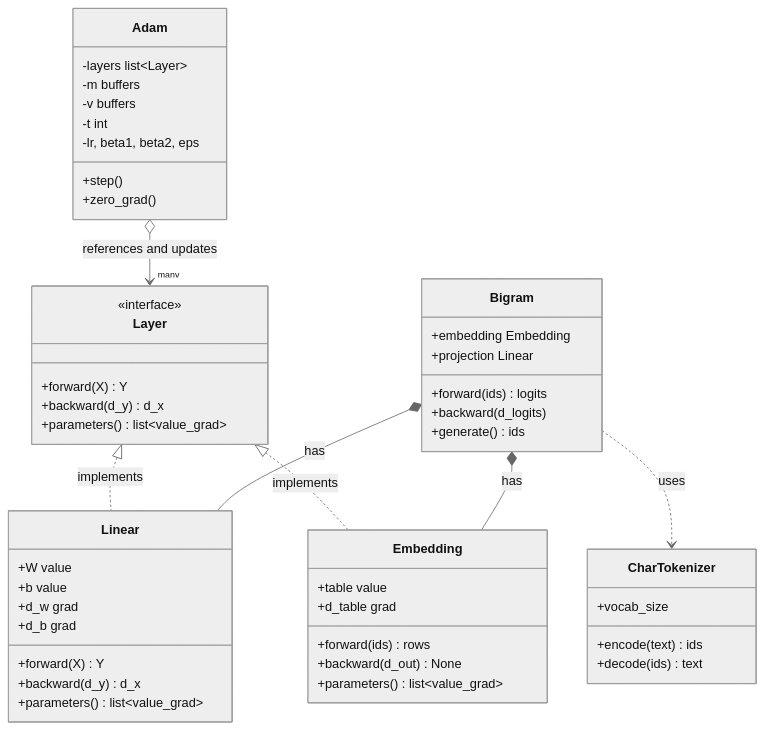
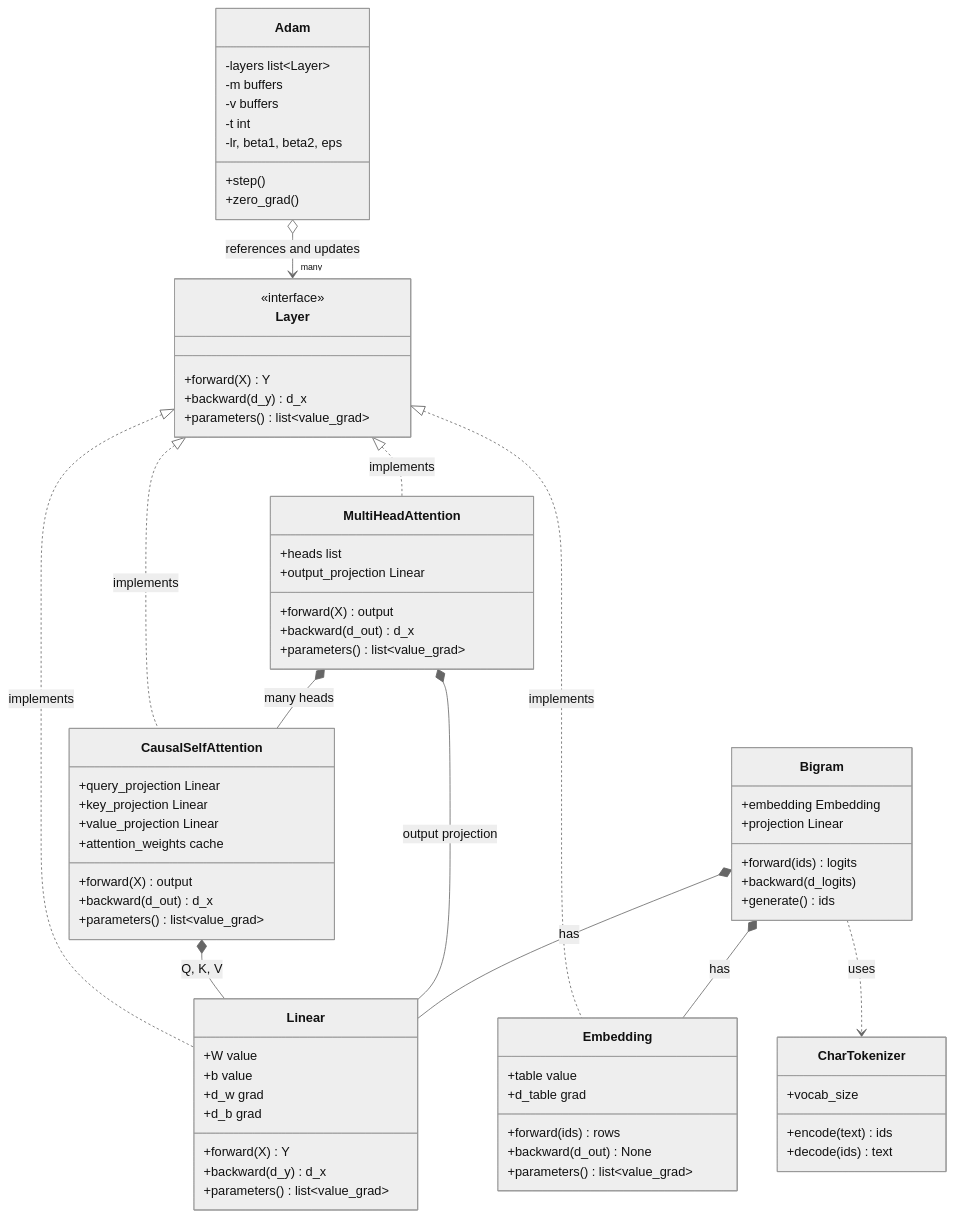
One commit to MustafaNatur/ML-coding-assignment changed the second of 3 diagrams in IMPLEMENTATION.md. Above: the diagram before and after it, drawn with Mermaid (neutral theme). The commit also changed other lines of this file, not shown here.

Commit message:
main: Attention layer in plan

````diff
--- a/IMPLEMENTATION.md
+++ b/IMPLEMENTATION.md
@@ -187,52 +238,73 @@
 ```mermaid
 classDiagram
     class Layer {
         <<interface>>
         +forward(X) Y
         +backward(d_y) d_x
         +parameters() list~value_grad~
     }
     class Linear {
         +W  value
         +b  value
         +d_w grad
         +d_b grad
         +forward(X) Y
         +backward(d_y) d_x
         +parameters() list~value_grad~
     }
     class Embedding {
         +table value
         +d_table grad
         +forward(ids) rows
         +backward(d_out) None
         +parameters() list~value_grad~
     }
     class Adam {
         -layers list~Layer~
         -m buffers
         -v buffers
         -t int
         -lr, beta1, beta2, eps
         +step()
         +zero_grad()
     }
     class CharTokenizer {
         +vocab_size
         +encode(text) ids
         +decode(ids) text
     }
+    class CausalSelfAttention {
+        +query_projection Linear
+        +key_projection Linear
+        +value_projection Linear
+        +attention_weights cache
+        +forward(X) output
+        +backward(d_out) d_x
+        +parameters() list~value_grad~
+    }
+    class MultiHeadAttention {
+        +heads list
+        +output_projection Linear
+        +forward(X) output
+        +backward(d_out) d_x
+        +parameters() list~value_grad~
+    }
     class Bigram {
         +embedding Embedding
         +projection Linear
         +forward(ids) logits
         +backward(d_logits)
         +generate() ids
     }
     Layer <|.. Linear : implements
     Layer <|.. Embedding : implements
+    Layer <|.. CausalSelfAttention : implements
+    Layer <|.. MultiHeadAttention : implements
+    CausalSelfAttention *-- Linear : Q, K, V
+    MultiHeadAttention *-- CausalSelfAttention : many heads
+    MultiHeadAttention *-- Linear : output projection
     Adam o--> "many" Layer : references and updates
     Bigram *-- Embedding : has
     Bigram *-- Linear : has
     Bigram ..> CharTokenizer : uses
 ```
````
